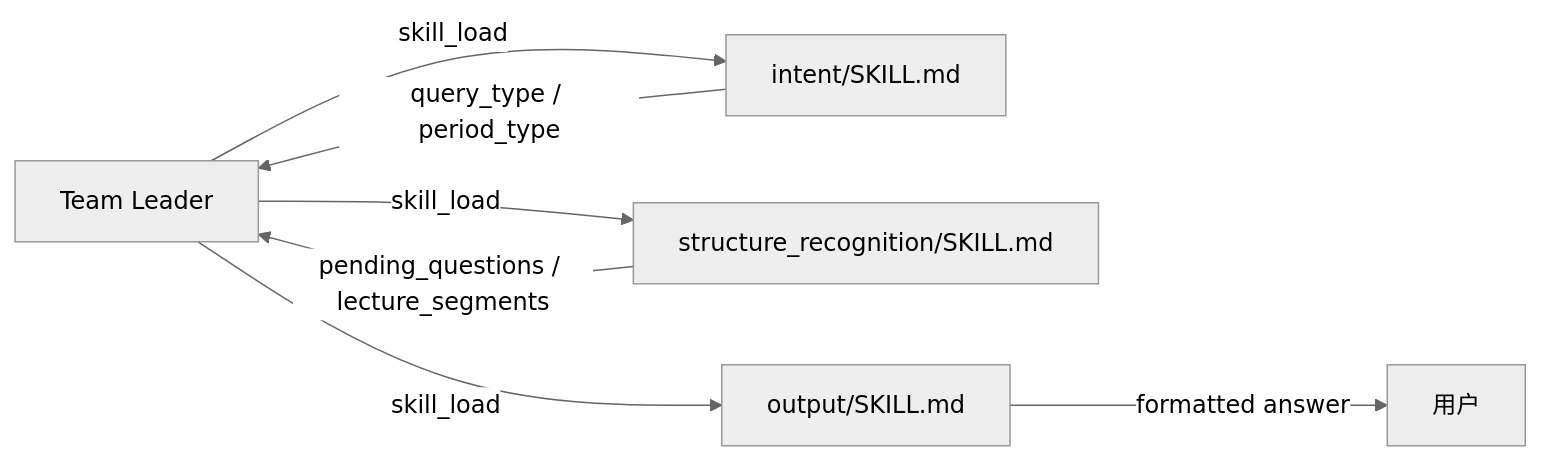
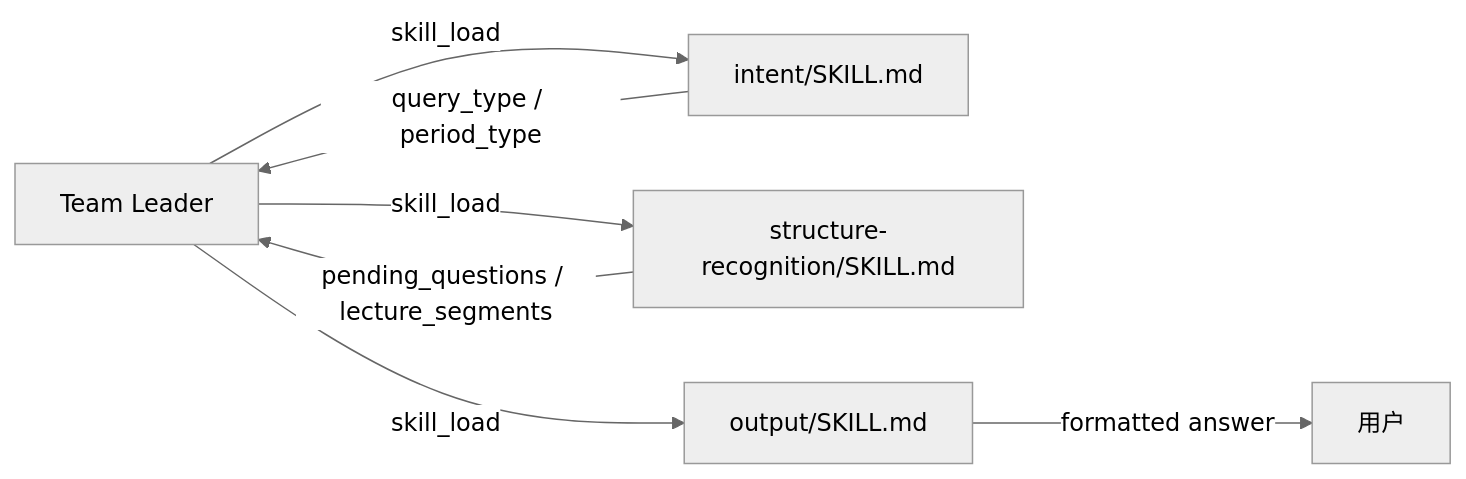
The diagram in docs/agent/skills/README.md (ttzc/gaokao_rag), drawn with Mermaid (neutral theme) before and after one commit. The commit also changed other lines of this file and 4 other files, not shown here.

````diff
--- a/docs/agent/skills/README.md
+++ b/docs/agent/skills/README.md
@@ -35,9 +35,9 @@
 ```mermaid
 flowchart LR
     L[Team Leader] -->|skill_load| S1[intent/SKILL.md]
-    L -->|skill_load| S2[structure_recognition/SKILL.md]
+    L -->|skill_load| S2[structure-recognition/SKILL.md]
     L -->|skill_load| S3[output/SKILL.md]
     S1 -->|query_type / period_type| L
     S2 -->|pending_questions / lecture_segments| L
     S3 -->|formatted answer| U[用户]
 ```
````
